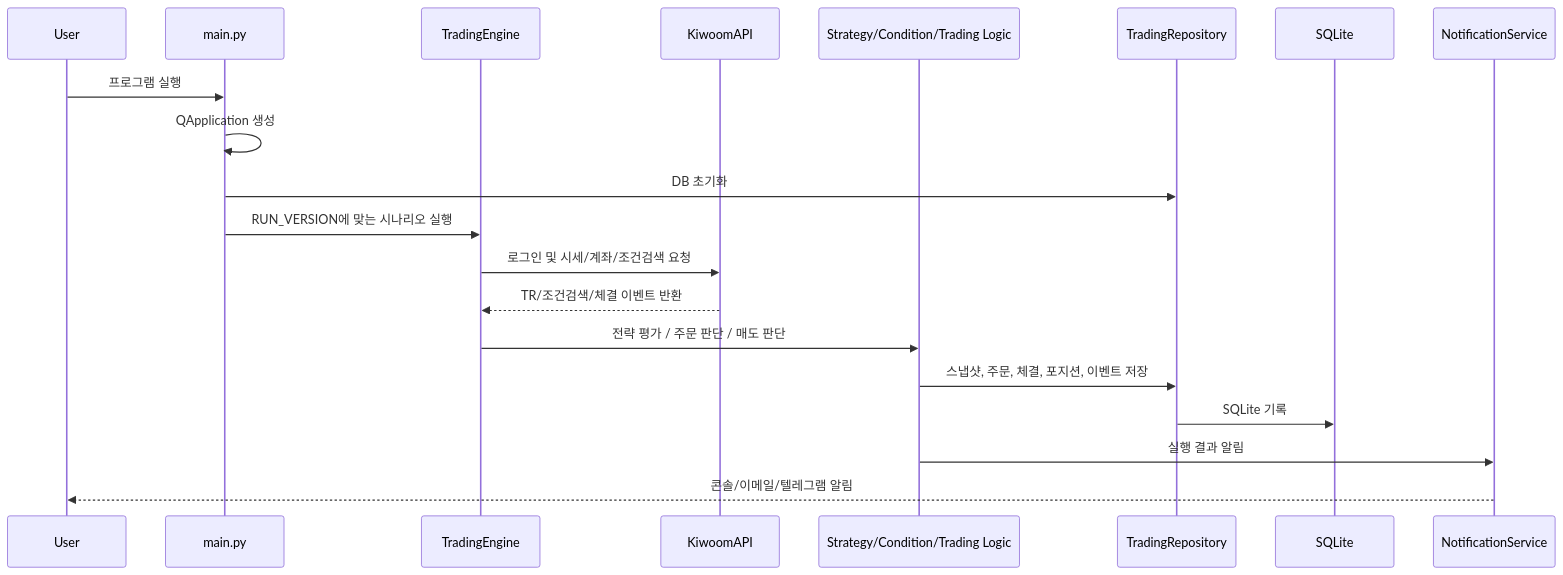
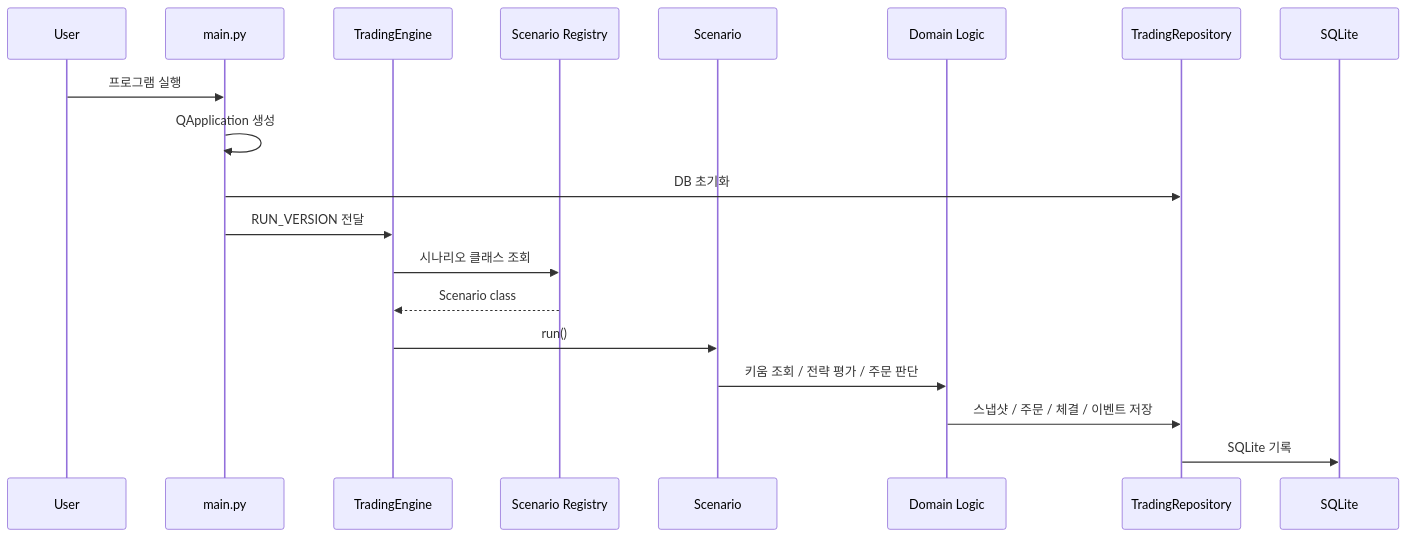
The second of 2 diagrams in README.md (park1210/kiwoomSqliteAutoTrader), drawn with Mermaid before and after one commit. The commit also changed other lines of this file, not shown here.

Commit message:
Update README for current scenario and branch workflow

````diff
--- a/README.md
+++ b/README.md
@@ -79,23 +77,22 @@
 ```mermaid
 sequenceDiagram
     participant User
     participant Main as main.py
     participant Engine as TradingEngine
-    participant Kiwoom as KiwoomAPI
-    participant Logic as Strategy/Condition/Trading Logic
+    participant Registry as Scenario Registry
+    participant Scenario as Scenario
+    participant Logic as Domain Logic
     participant Repo as TradingRepository
     participant DB as SQLite
-    participant Notify as NotificationService
 
     User->>Main: 프로그램 실행
     Main->>Main: QApplication 생성
     Main->>Repo: DB 초기화
-    Main->>Engine: RUN_VERSION에 맞는 시나리오 실행
-    Engine->>Kiwoom: 로그인 및 시세/계좌/조건검색 요청
-    Kiwoom-->>Engine: TR/조건검색/체결 이벤트 반환
-    Engine->>Logic: 전략 평가 / 주문 판단 / 매도 판단
-    Logic->>Repo: 스냅샷, 주문, 체결, 포지션, 이벤트 저장
+    Main->>Engine: RUN_VERSION 전달
+    Engine->>Registry: 시나리오 클래스 조회
+    Registry-->>Engine: Scenario class
+    Engine->>Scenario: run()
+    Scenario->>Logic: 키움 조회 / 전략 평가 / 주문 판단
+    Logic->>Repo: 스냅샷 / 주문 / 체결 / 이벤트 저장
     Repo->>DB: SQLite 기록
-    Logic->>Notify: 실행 결과 알림
-    Notify-->>User: 콘솔/이메일/텔레그램 알림
 ```
````
